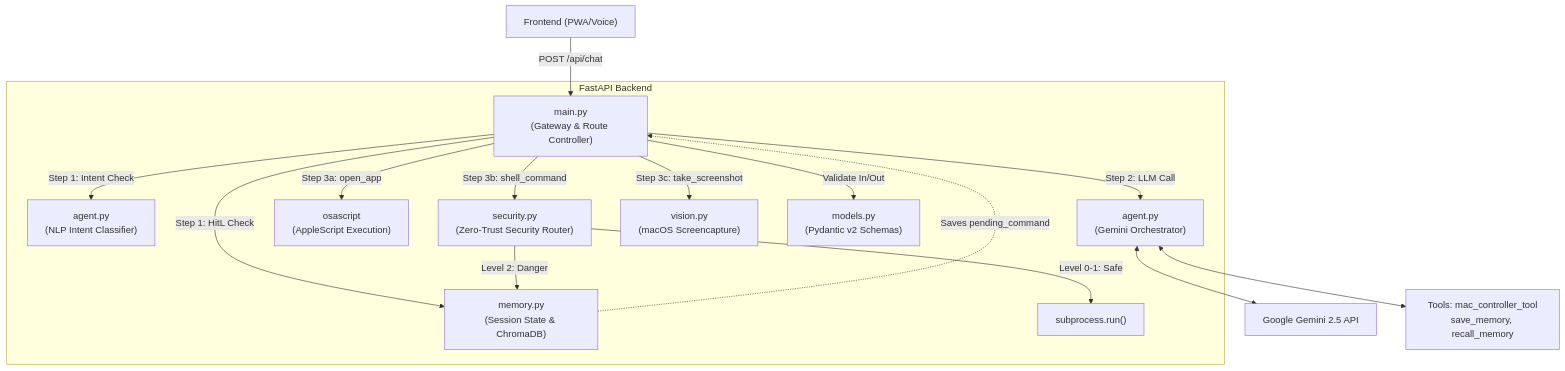
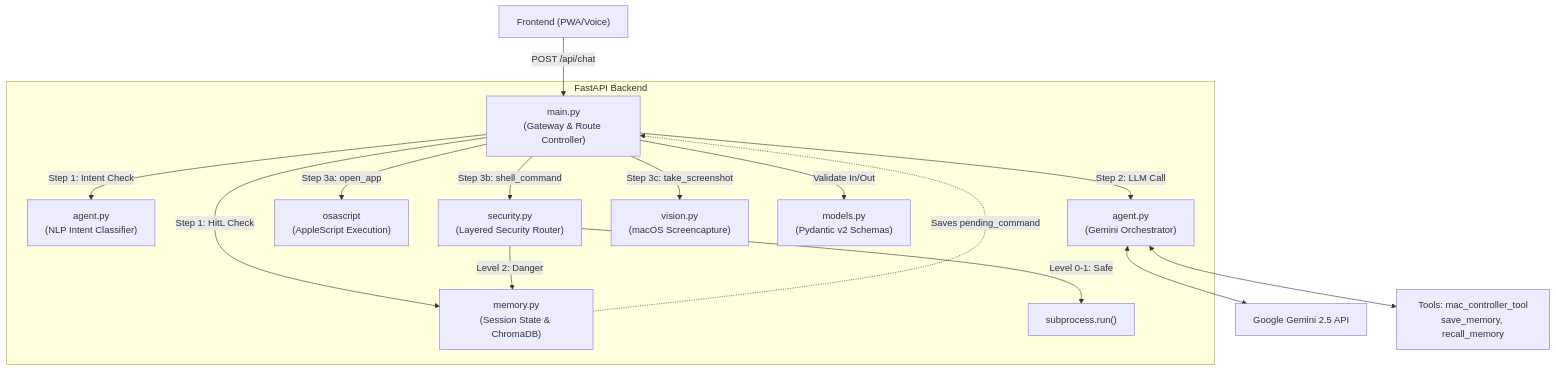
One commit to SajanthChandrakumar/gassi-jarvis changed the diagram in architecture.md. Above: the diagram before and after it, drawn with Mermaid. The commit also changed other lines of this file and 1 other file, not shown here.

Commit message:
docs: update architecture and README with recent security, auth, and memory features

````diff
--- a/architecture.md
+++ b/architecture.md
@@ -7,23 +7,23 @@
 ```mermaid
 graph TD
     CLIENT["Frontend (PWA/Voice)"] -->|POST /api/chat| MAIN["main.py<br/>(Gateway & Route Controller)"]
     
     subgraph FastAPI Backend
         MAIN -->|Step 1: HitL Check| MEMORY["memory.py<br/>(Session State & ChromaDB)"]
         MAIN -->|Step 1: Intent Check| AGENT_NLP["agent.py<br/>(NLP Intent Classifier)"]
         MAIN -->|Step 2: LLM Call| AGENT_LLM["agent.py<br/>(Gemini Orchestrator)"]
         
         MAIN -->|Step 3a: open_app| OSASCRIPT["osascript<br/>(AppleScript Execution)"]
-        MAIN -->|Step 3b: shell_command| SECURITY["security.py<br/>(Zero-Trust Security Router)"]
+        MAIN -->|Step 3b: shell_command| SECURITY["security.py<br/>(Layered Security Router)"]
         MAIN -->|Step 3c: take_screenshot| VISION["vision.py<br/>(macOS Screencapture)"]
         
         SECURITY -->|Level 0-1: Safe| EXEC["subprocess.run()"]
         SECURITY -->|Level 2: Danger| MEMORY
         MEMORY -.->|Saves pending_command| MAIN
         
         MAIN -->|Validate In/Out| MODELS["models.py<br/>(Pydantic v2 Schemas)"]
     end
     
     AGENT_LLM <--> GEMINI["Google Gemini 2.5 API"]
     AGENT_LLM <--> TOOLS["Tools: mac_controller_tool<br/>save_memory, recall_memory"]
 ```
````
